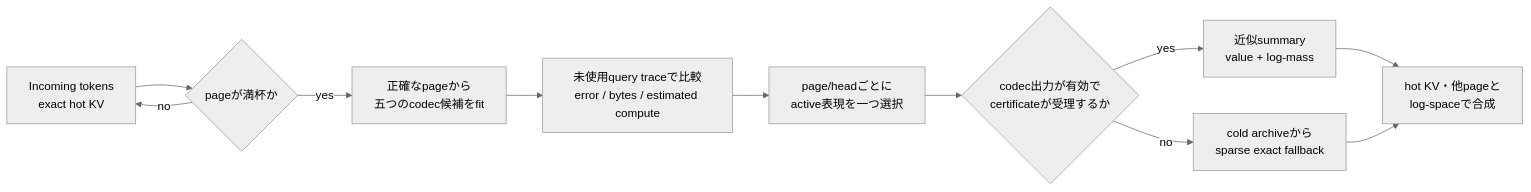
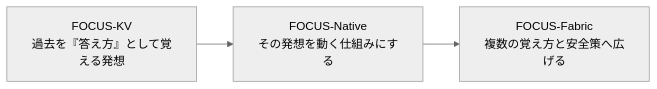
Before and after one commit to dj-thank/FOCUS-Fabric: the second of 2 diagrams in README.md, drawn with Mermaid (neutral theme). The commit also changed other lines of this file, not shown here.

````diff
--- a/README.md
+++ b/README.md
@@ -55,13 +108,5 @@
 ```mermaid
 flowchart LR
-    A["Incoming tokens<br/>exact hot KV"] --> B{"pageが満杯か"}
-    B -- "no" --> A
-    B -- "yes" --> C["正確なpageから<br/>五つのcodec候補をfit"]
-    C --> D["未使用query traceで比較<br/>error / bytes / estimated compute"]
-    D --> E["page/headごとに<br/>active表現を一つ選択"]
-    E --> F{"codec出力が有効で<br/>certificateが受理するか"}
-    F -- "yes" --> G["近似summary<br/>value + log-mass"]
-    F -- "no" --> H["cold archiveから<br/>sparse exact fallback"]
-    G --> I["hot KV・他pageと<br/>log-spaceで合成"]
-    H --> I
+    A["FOCUS-KV<br/>過去を『答え方』として覚える発想"] --> B["FOCUS-Native<br/>その発想を動く仕組みにする"]
+    B --> C["FOCUS-Fabric<br/>複数の覚え方と安全策へ広げる"]
 ```
````
